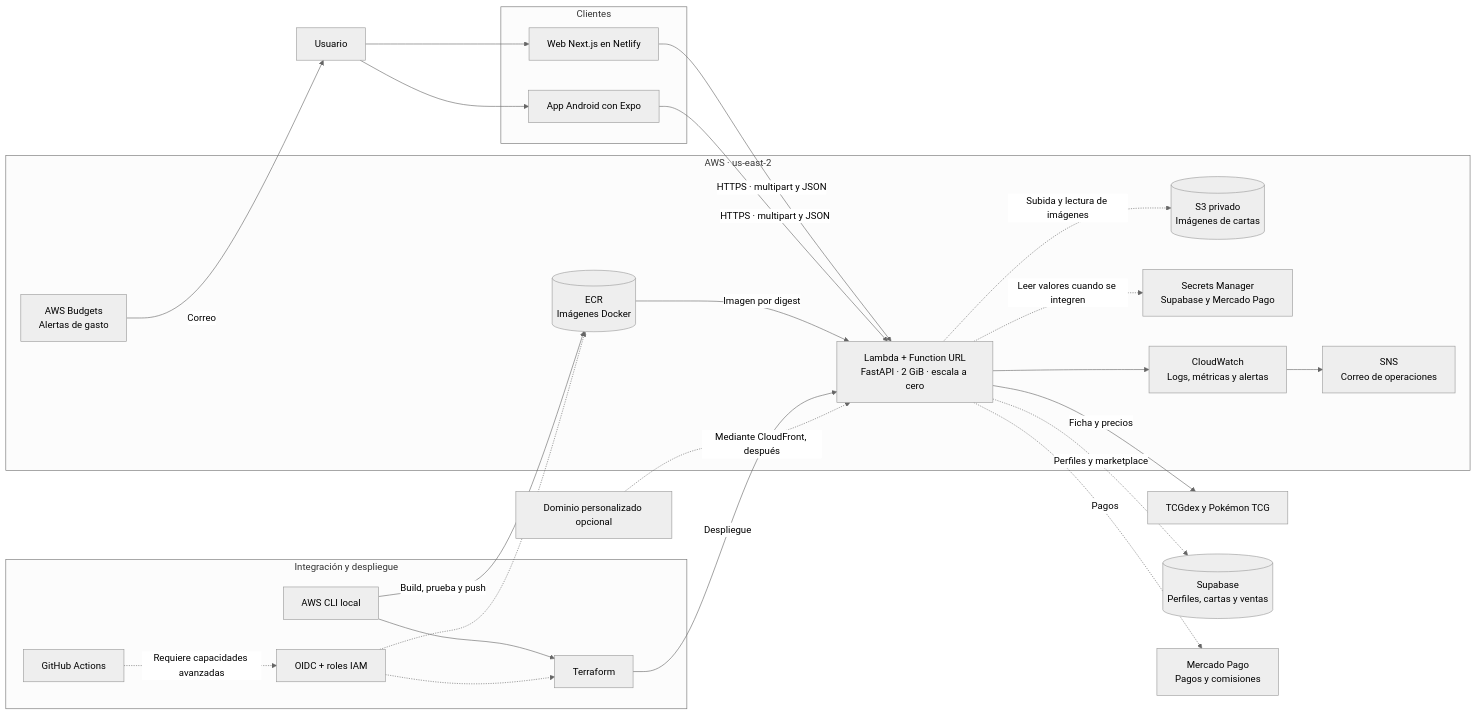
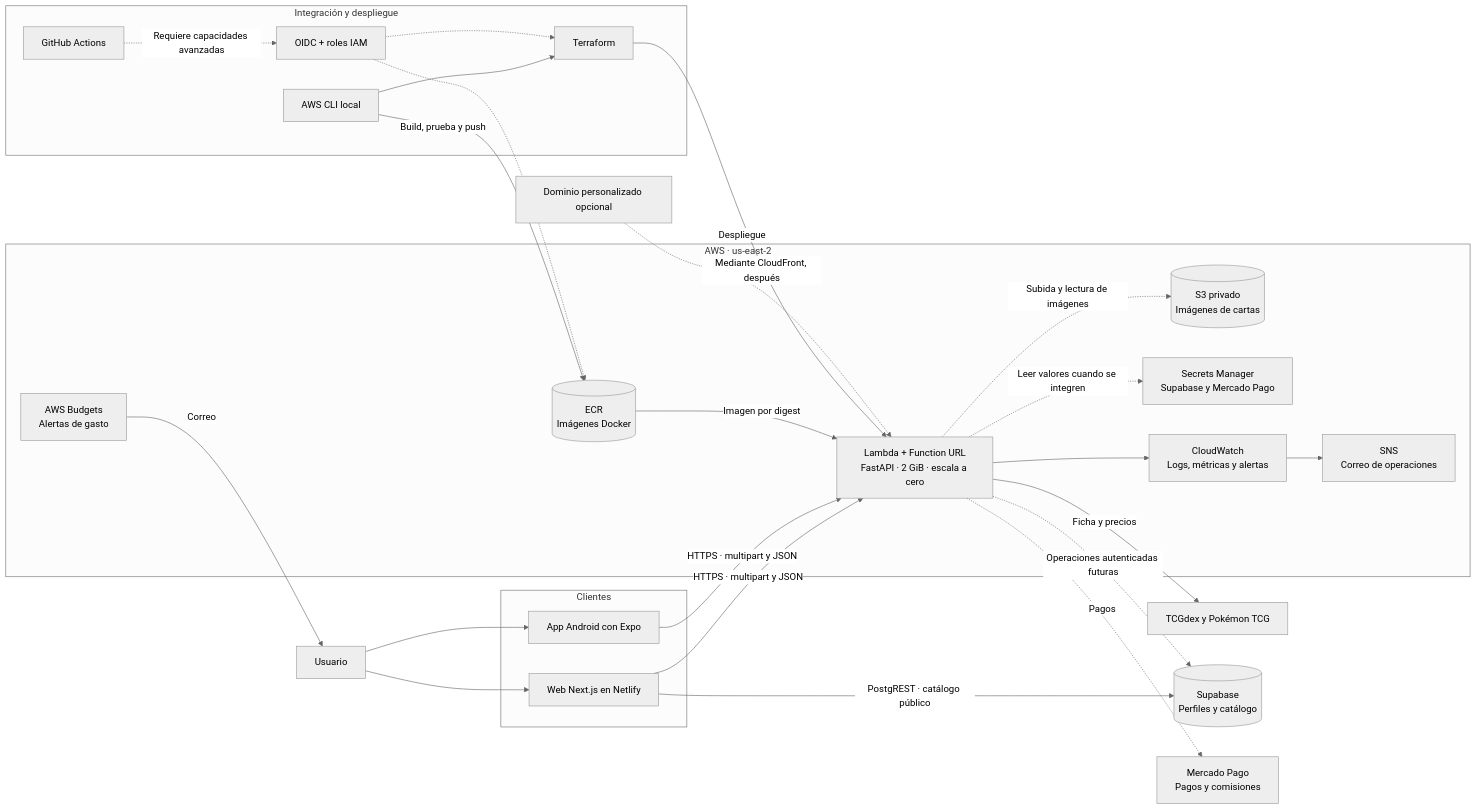
Before and after one commit to virtual-binder/virtual-binder-infra: the diagram in docs/architecture.md, drawn with Mermaid (neutral theme). The commit also changed other lines of this file, not shown here.

Commit message:
Documenta el catálogo Supabase en la arquitectura

````diff
--- a/docs/architecture.md
+++ b/docs/architecture.md
@@ -5,55 +5,56 @@
 ```mermaid
 flowchart LR
     Usuario[Usuario]
 
     subgraph Clientes[Clientes]
         Web[Web Next.js en Netlify]
         Mobile[App Android con Expo]
     end
 
     subgraph AWS[AWS · us-east-2]
         Lambda[Lambda + Function URL<br/>FastAPI · 2 GiB · escala a cero]
         ECR[(ECR<br/>Imágenes Docker)]
         S3[(S3 privado<br/>Imágenes de cartas)]
         Secrets[Secrets Manager<br/>Supabase y Mercado Pago]
         CloudWatch[CloudWatch<br/>Logs, métricas y alertas]
         Budgets[AWS Budgets<br/>Alertas de gasto]
         SNS[SNS<br/>Correo de operaciones]
     end
 
     subgraph CI[Integración y despliegue]
         CLI[AWS CLI local]
         GitHub[GitHub Actions]
         Terraform[Terraform]
         OIDC[OIDC + roles IAM]
     end
 
     TCG[TCGdex y Pokémon TCG]
-    Supabase[(Supabase<br/>Perfiles, cartas y ventas)]
+    Supabase[(Supabase<br/>Perfiles y catálogo)]
     MercadoPago[Mercado Pago<br/>Pagos y comisiones]
     Dominio[Dominio personalizado opcional]
 
     Usuario --> Web
     Usuario --> Mobile
     Web -->|HTTPS · multipart y JSON| Lambda
     Mobile -->|HTTPS · multipart y JSON| Lambda
     Lambda -->|Ficha y precios| TCG
+    Web -->|PostgREST · catálogo público| Supabase
 
     ECR -->|Imagen por digest| Lambda
     CLI -->|Build, prueba y push| ECR
     CLI --> Terraform
     Terraform -->|Despliegue| Lambda
     GitHub -.->|Requiere capacidades avanzadas| OIDC
     OIDC -.-> ECR
     OIDC -.-> Terraform
 
     Lambda --> CloudWatch
     CloudWatch --> SNS
     Budgets -->|Correo| Usuario
 
     Lambda -.->|Subida y lectura de imágenes| S3
     Lambda -.->|Leer valores cuando se integren| Secrets
-    Lambda -.->|Perfiles y marketplace| Supabase
+    Lambda -.->|Operaciones autenticadas futuras| Supabase
     Lambda -.->|Pagos| MercadoPago
     Dominio -.->|Mediante CloudFront, después| Lambda
 ```
````
